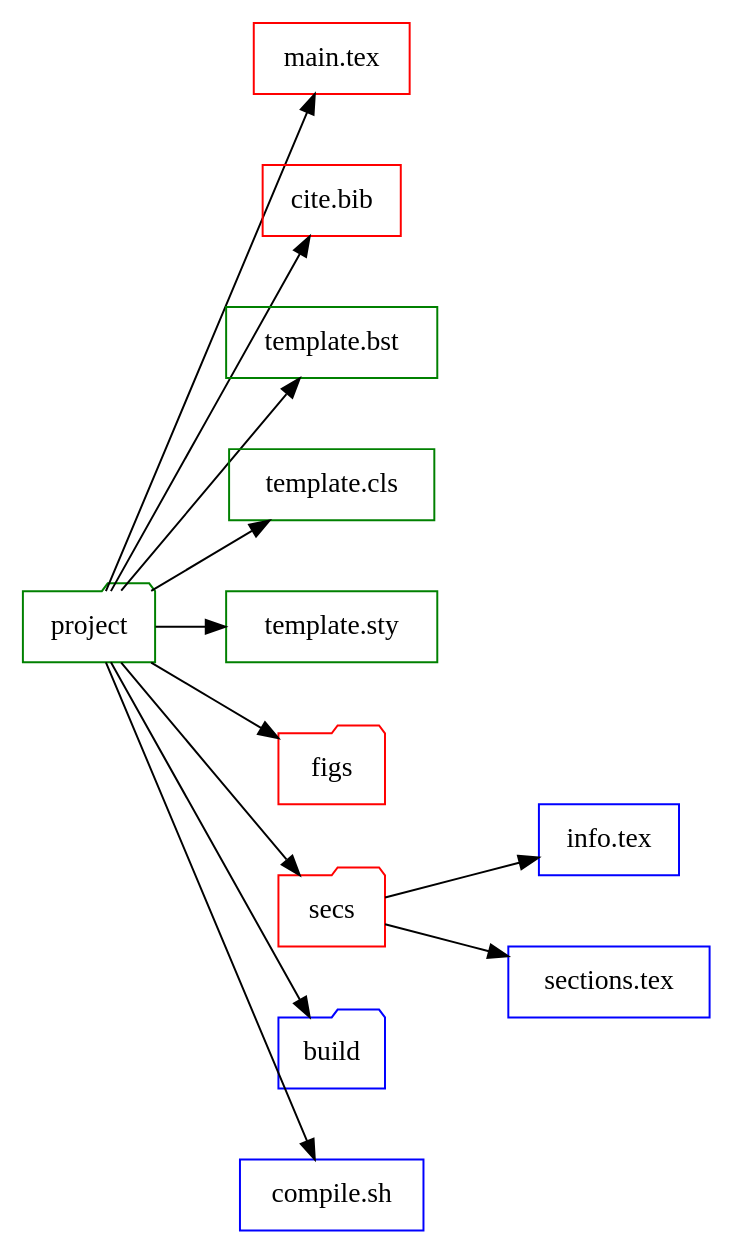
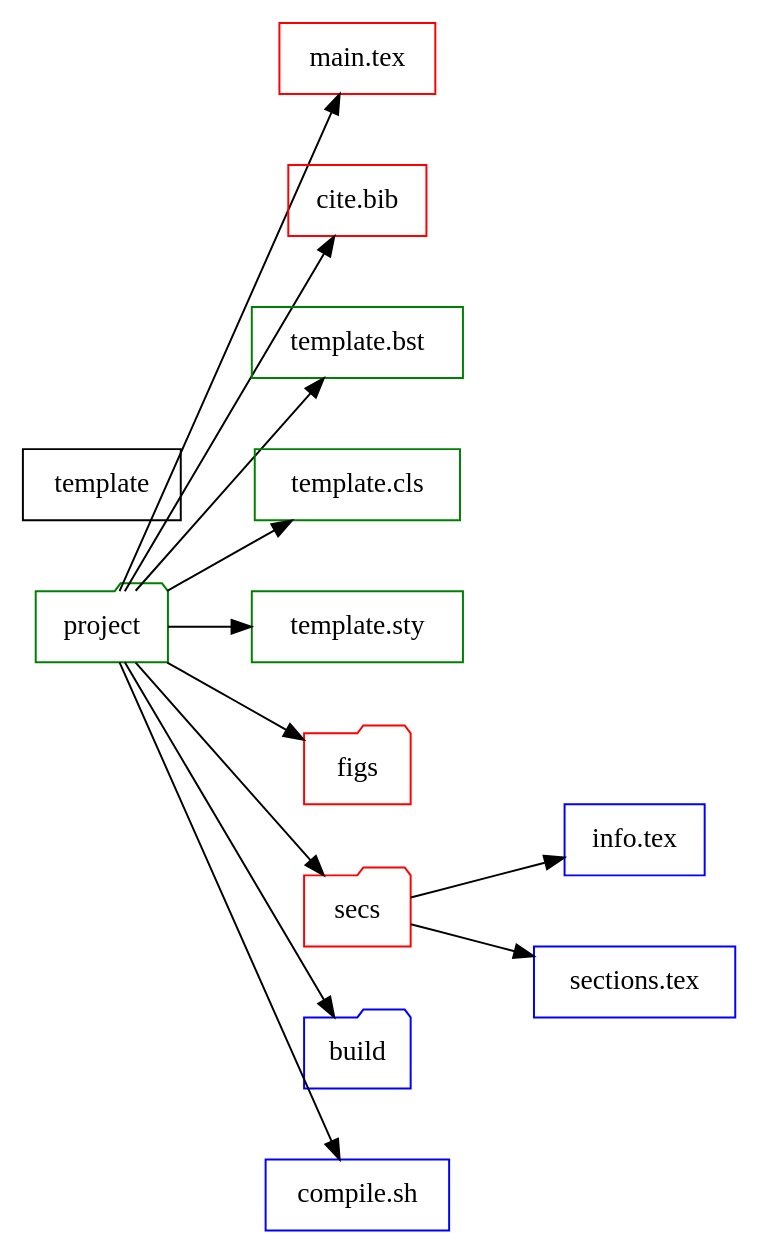
The diagram in texTemplate.org (bwtian/texTemplate), drawn with Graphviz before and after one commit. The commit also changed other lines of this file and 1 other file, not shown here.

Commit message:
- ‘.#texTemplate.org’ / ‘texTemplate.org’

```diff
--- a/texTemplate.org
+++ b/texTemplate.org
@@ -4,29 +4,31 @@
 #+BEGIN_SRC dot :file ./texTemplate.svg
   digraph {
   rankdir = LR
   fontname="Times";
   fontsize = 12;
   splines = false;
   ranksep = 0.5;
   nodesep = 0.5;
   node [shape = box]
   //1. set node
   proj [label = "project", color = green, shape="folder"]
   info [label = "info.tex", color = blue]
   secs [label = "sections.tex", color = blue]
   main [label = "main.tex", color = red]
   bib [label = "cite.bib", color = red]
   bst [label = "template.bst", color = green]
   cls [label = "template.cls", color = green]
   sty [label = "template.sty", color = green]
   fig [label = "figs", color=red, shape="folder"]
   sec [label = "secs", color=red, shape="folder"]
   build [label  = "build", color = blue, shape="folder"]
   gen [label = "compile.sh", color = blue]
+  template [label = "template"]
   //2. set path
+
   proj -> {fig sec main bib sty bst cls build gen}
   sec -> {info, secs}
   //3. set rank
 
   }
 #+END_SRC
```
